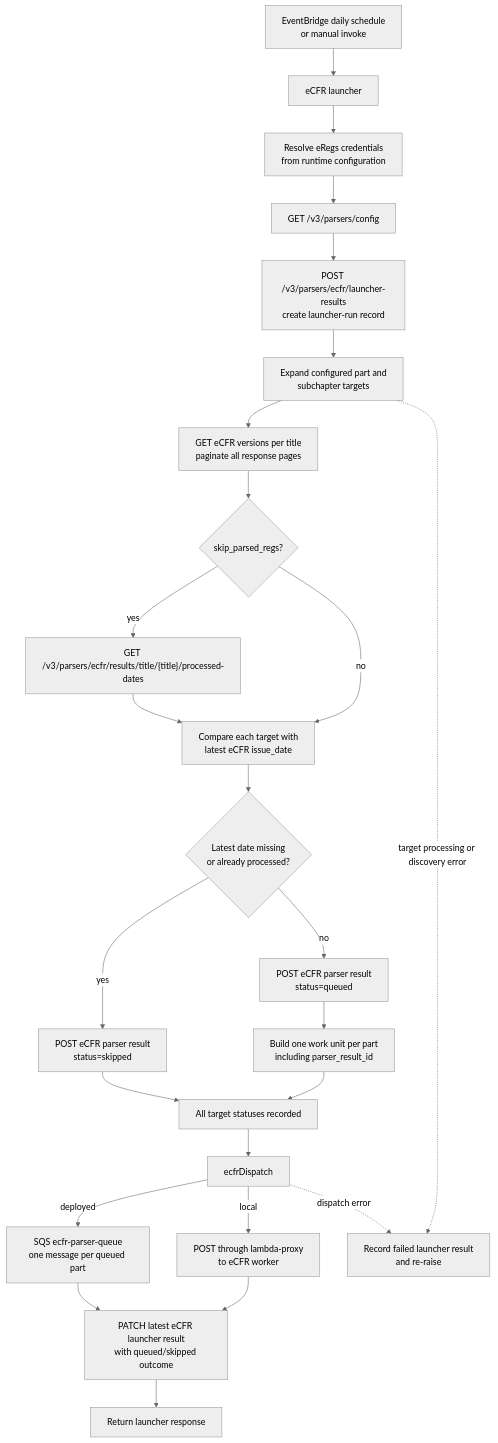
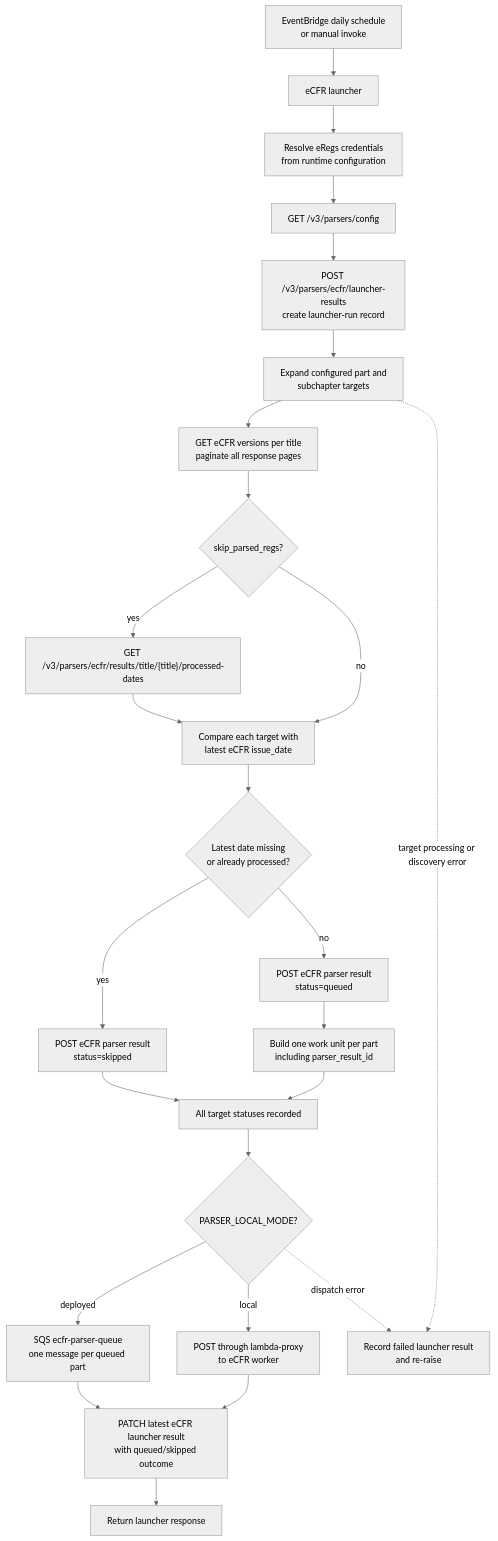
Before and after one commit to Enterprise-CMCS/cmcs-eregulations: the first of 4 diagrams in solution/parsers/README.md, drawn with Mermaid (neutral theme).

Commit message:
Move parser flowcharts to README footer

````diff
--- a/solution/parsers/README.md
+++ b/solution/parsers/README.md
@@ -30,27 +135,27 @@
 ```mermaid
 flowchart TD
     ecfrSchedule["EventBridge daily schedule<br/>or manual invoke"] --> ecfrLauncher["eCFR launcher"]
     ecfrLauncher --> ecfrCredentials["Resolve eRegs credentials<br/>from runtime configuration"]
     ecfrCredentials --> ecfrConfig["GET /v3/parsers/config"]
     ecfrConfig --> ecfrRun["POST /v3/parsers/ecfr/launcher-results<br/>create launcher-run record"]
     ecfrRun --> ecfrTargets["Expand configured part and<br/>subchapter targets"]
     ecfrTargets --> ecfrVersions["GET eCFR versions per title<br/>paginate all response pages"]
     ecfrVersions --> ecfrSkipSetting{"skip_parsed_regs?"}
     ecfrSkipSetting -- "yes" --> ecfrProcessed["GET /v3/parsers/ecfr/results/title/{title}/processed-dates"]
     ecfrSkipSetting -- "no" --> ecfrCompare["Compare each target with<br/>latest eCFR issue_date"]
     ecfrProcessed --> ecfrCompare
     ecfrCompare --> ecfrStatus{"Latest date missing<br/>or already processed?"}
     ecfrStatus -- "yes" --> ecfrSkipped["POST eCFR parser result<br/>status=skipped"]
     ecfrStatus -- "no" --> ecfrQueued["POST eCFR parser result<br/>status=queued"]
     ecfrQueued --> ecfrWorkUnit["Build one work unit per part<br/>including parser_result_id"]
     ecfrSkipped --> ecfrTargetsReady["All target statuses recorded"]
     ecfrWorkUnit --> ecfrTargetsReady
-    ecfrTargetsReady --> ecfrDispatch
+    ecfrTargetsReady --> ecfrDispatch{"PARSER_LOCAL_MODE?"}
     ecfrDispatch -- "deployed" --> ecfrQueue["SQS ecfr-parser-queue<br/>one message per queued part"]
     ecfrDispatch -- "local" --> ecfrWorkerHttp["POST through lambda-proxy<br/>to eCFR worker"]
     ecfrQueue --> ecfrUpdate["PATCH latest eCFR launcher result<br/>with queued/skipped outcome"]
     ecfrWorkerHttp --> ecfrUpdate
     ecfrUpdate --> ecfrResponse["Return launcher response"]
     ecfrTargets -. "target processing or discovery error" .-> ecfrFailure["Record failed launcher result<br/>and re-raise"]
     ecfrDispatch -. "dispatch error" .-> ecfrFailure
 ```
````
